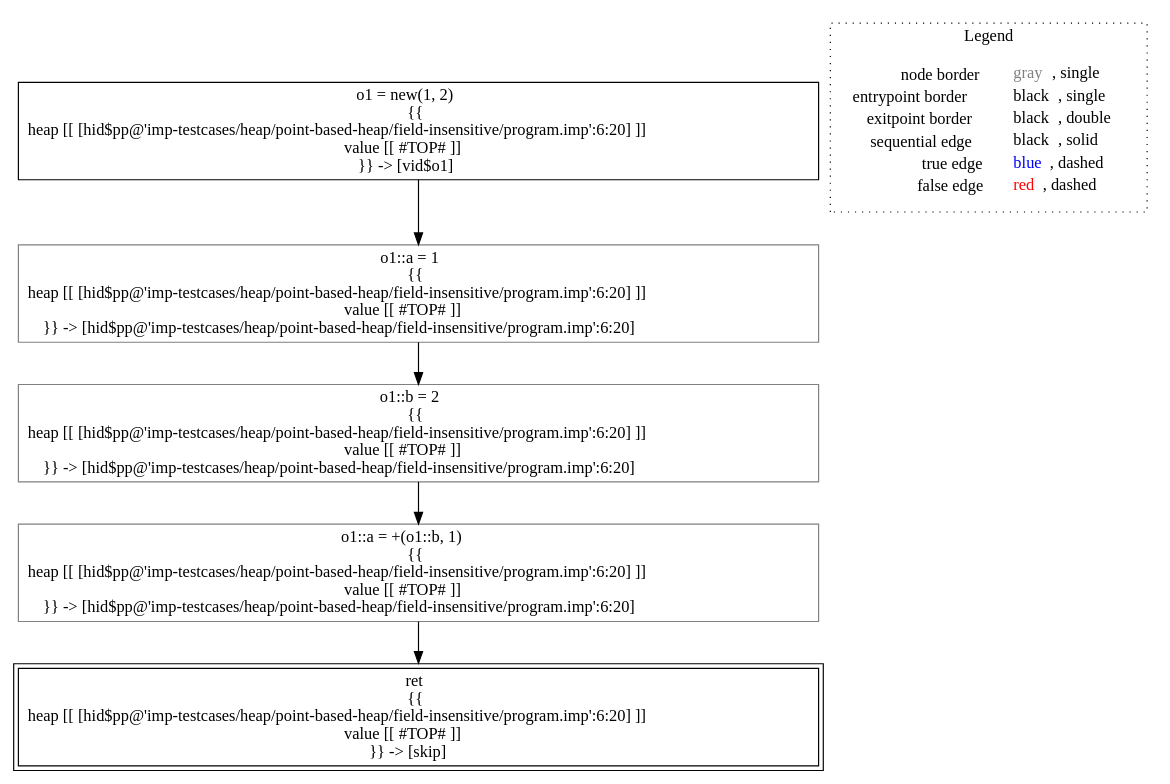
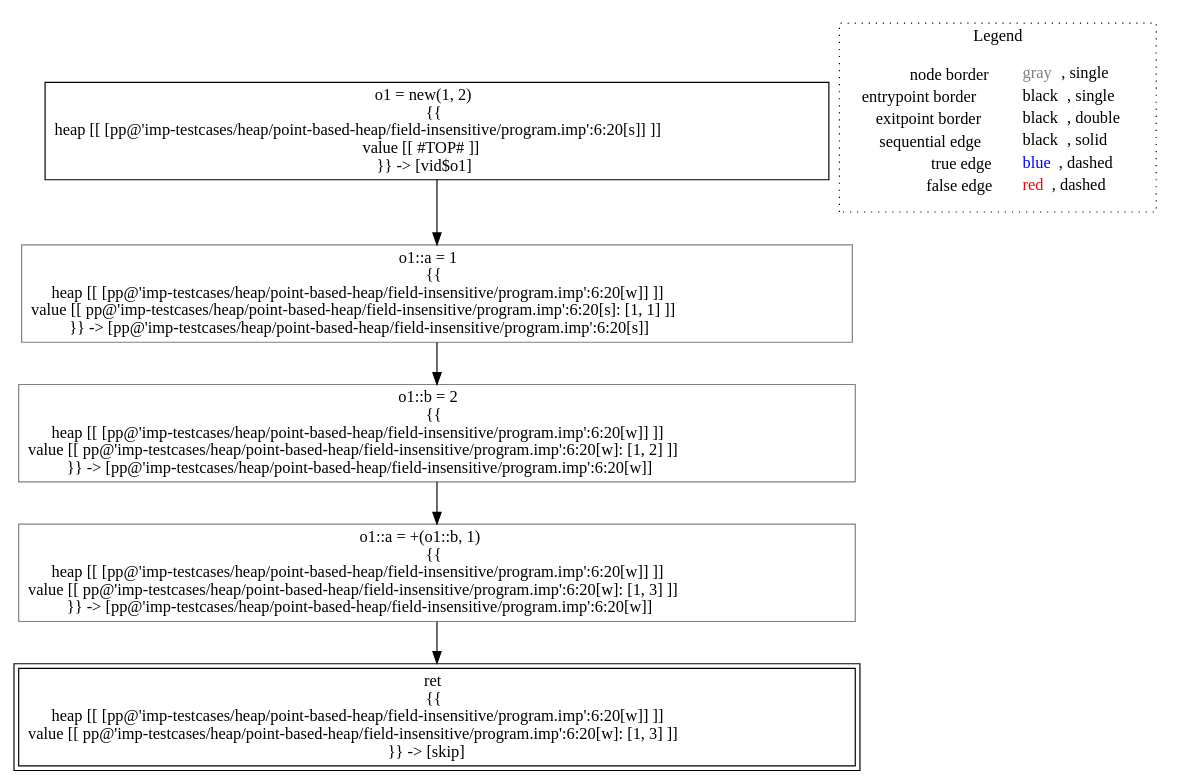
The diagram in lisa/imp-testcases/heap/point-based-heap/field-insensitive/analysis___untyped_A.f1(A_this).dot (lisa-analyzer/lisa), drawn with Graphviz before and after one commit. The commit also changed 31 other files, not shown here.

Commit message:
field insensitive point-based heap with strong updates

```diff
--- a/lisa/imp-testcases/heap/point-based-heap/field-insensitive/analysis___untyped_A.f1(A_this).dot
+++ b/lisa/imp-testcases/heap/point-based-heap/field-insensitive/analysis___untyped_A.f1(A_this).dot
@@ -1,18 +1,18 @@
 digraph {
-	"node0" [shape="rect",color="black",label=<o1 = new(1, 2)<BR/>{{<BR/>heap [[ [hid$pp@'imp-testcases/heap/point-based-heap/field-insensitive/program.imp':6:20] ]]<BR/>value [[ #TOP# ]]<BR/>}} -&gt; [vid$o1]>];
-	"node1" [shape="rect",color="gray",label=<o1::b = 2<BR/>{{<BR/>heap [[ [hid$pp@'imp-testcases/heap/point-based-heap/field-insensitive/program.imp':6:20] ]]<BR/>value [[ #TOP# ]]<BR/>}} -&gt; [hid$pp@'imp-testcases/heap/point-based-heap/field-insensitive/program.imp':6:20]>];
-	"node2" [shape="rect",color="gray",label=<o1::a = +(o1::b, 1)<BR/>{{<BR/>heap [[ [hid$pp@'imp-testcases/heap/point-based-heap/field-insensitive/program.imp':6:20] ]]<BR/>value [[ #TOP# ]]<BR/>}} -&gt; [hid$pp@'imp-testcases/heap/point-based-heap/field-insensitive/program.imp':6:20]>];
-	"node3" [shape="rect",color="black",peripheries="2",label=<ret<BR/>{{<BR/>heap [[ [hid$pp@'imp-testcases/heap/point-based-heap/field-insensitive/program.imp':6:20] ]]<BR/>value [[ #TOP# ]]<BR/>}} -&gt; [skip]>];
-	"node4" [shape="rect",color="gray",label=<o1::a = 1<BR/>{{<BR/>heap [[ [hid$pp@'imp-testcases/heap/point-based-heap/field-insensitive/program.imp':6:20] ]]<BR/>value [[ #TOP# ]]<BR/>}} -&gt; [hid$pp@'imp-testcases/heap/point-based-heap/field-insensitive/program.imp':6:20]>];
-	"node0" -> "node4" [color="black"];
-	"node1" -> "node2" [color="black"];
-	"node2" -> "node3" [color="black"];
+	"node0" [shape="rect",color="black",label=<o1 = new(1, 2)<BR/>{{<BR/>heap [[ [pp@'imp-testcases/heap/point-based-heap/field-insensitive/program.imp':6:20[s]] ]]<BR/>value [[ #TOP# ]]<BR/>}} -&gt; [vid$o1]>];
+	"node1" [shape="rect",color="black",peripheries="2",label=<ret<BR/>{{<BR/>heap [[ [pp@'imp-testcases/heap/point-based-heap/field-insensitive/program.imp':6:20[w]] ]]<BR/>value [[ pp@'imp-testcases/heap/point-based-heap/field-insensitive/program.imp':6:20[w]: [1, 3] ]]<BR/>}} -&gt; [skip]>];
+	"node2" [shape="rect",color="gray",label=<o1::b = 2<BR/>{{<BR/>heap [[ [pp@'imp-testcases/heap/point-based-heap/field-insensitive/program.imp':6:20[w]] ]]<BR/>value [[ pp@'imp-testcases/heap/point-based-heap/field-insensitive/program.imp':6:20[w]: [1, 2] ]]<BR/>}} -&gt; [pp@'imp-testcases/heap/point-based-heap/field-insensitive/program.imp':6:20[w]]>];
+	"node3" [shape="rect",color="gray",label=<o1::a = 1<BR/>{{<BR/>heap [[ [pp@'imp-testcases/heap/point-based-heap/field-insensitive/program.imp':6:20[w]] ]]<BR/>value [[ pp@'imp-testcases/heap/point-based-heap/field-insensitive/program.imp':6:20[s]: [1, 1] ]]<BR/>}} -&gt; [pp@'imp-testcases/heap/point-based-heap/field-insensitive/program.imp':6:20[s]]>];
+	"node4" [shape="rect",color="gray",label=<o1::a = +(o1::b, 1)<BR/>{{<BR/>heap [[ [pp@'imp-testcases/heap/point-based-heap/field-insensitive/program.imp':6:20[w]] ]]<BR/>value [[ pp@'imp-testcases/heap/point-based-heap/field-insensitive/program.imp':6:20[w]: [1, 3] ]]<BR/>}} -&gt; [pp@'imp-testcases/heap/point-based-heap/field-insensitive/program.imp':6:20[w]]>];
+	"node2" -> "node4" [color="black"];
+	"node3" -> "node2" [color="black"];
+	"node0" -> "node3" [color="black"];
 	"node4" -> "node1" [color="black"];
 subgraph cluster_legend {
 	label="Legend";
 	style=dotted;
 	node [shape=plaintext];
 	"legend" [label=<<table border="0" cellpadding="2" cellspacing="0" cellborder="0"><tr><td align="right">node border&nbsp;</td><td align="left"><font color="gray">gray</font>, single</td></tr><tr><td align="right">entrypoint border&nbsp;</td><td align="left"><font color="black">black</font>, single</td></tr><tr><td align="right">exitpoint border&nbsp;</td><td align="left"><font color="black">black</font>, double</td></tr><tr><td align="right">sequential edge&nbsp;</td><td align="left"><font color="black">black</font>, solid</td></tr><tr><td align="right">true edge&nbsp;</td><td align="left"><font color="blue">blue</font>, dashed</td></tr><tr><td align="right">false edge&nbsp;</td><td align="left"><font color="red">red</font>, dashed</td></tr></table>>];
 }
 
 }
```
